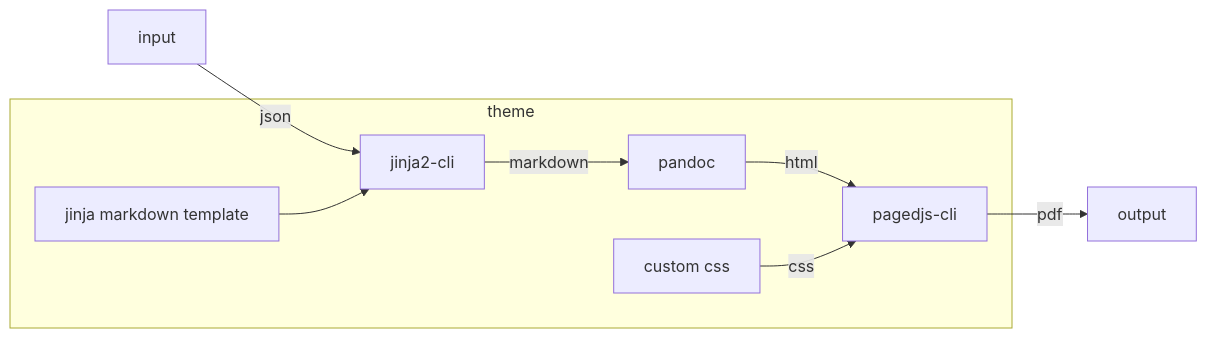
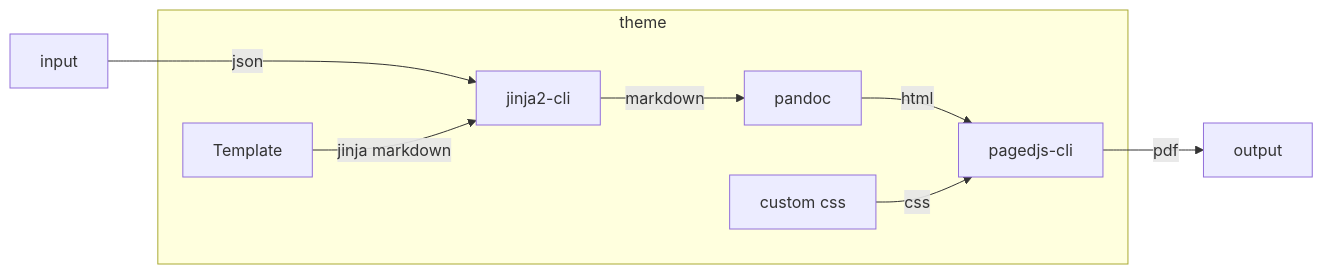
Before and after one commit to rikyiso01/blog: the diagram in posts/01-cv-as-code/graphs/theme.mmd, drawn with Mermaid. The commit also changed 12 other files, not shown here.

```diff
--- a/posts/01-cv-as-code/graphs/theme.mmd
+++ b/posts/01-cv-as-code/graphs/theme.mmd
@@ -1,14 +1,14 @@
 flowchart LR
     subgraph theme
         jinja[jinja2-cli]
         pandoc
         css[custom css]
         pagedjs-cli
-        markdown[jinja markdown template]
+        markdown[Template]
     end
-    input --json--> jinja
-    markdown --> jinja
+    input ---> |json|jinja
+    markdown --> |jinja markdown|jinja
     jinja --markdown--> pandoc
     pandoc --html--> pagedjs-cli
     css --css--> pagedjs-cli
     pagedjs-cli --pdf--> output
```
